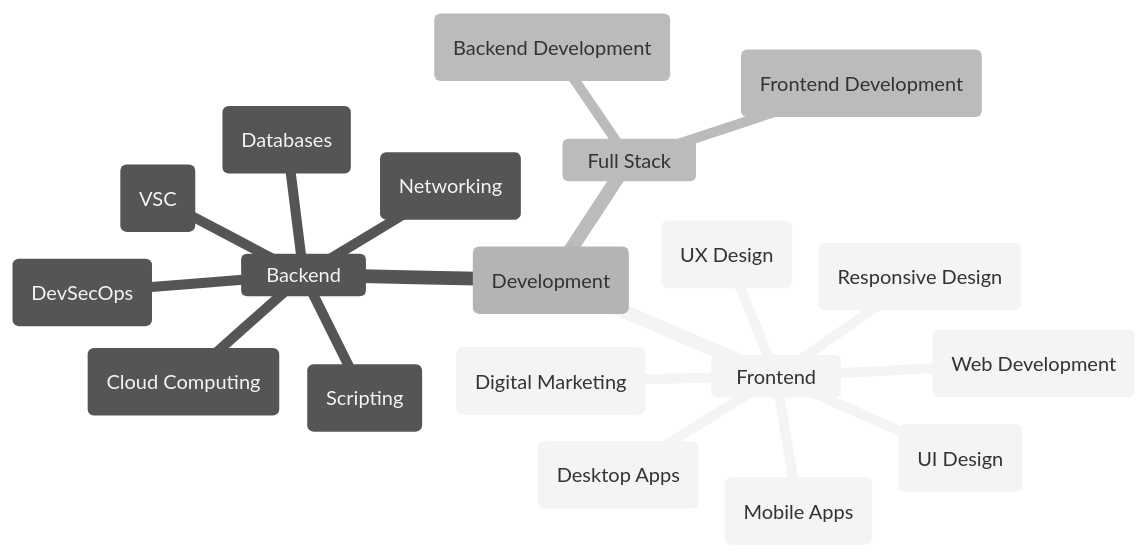
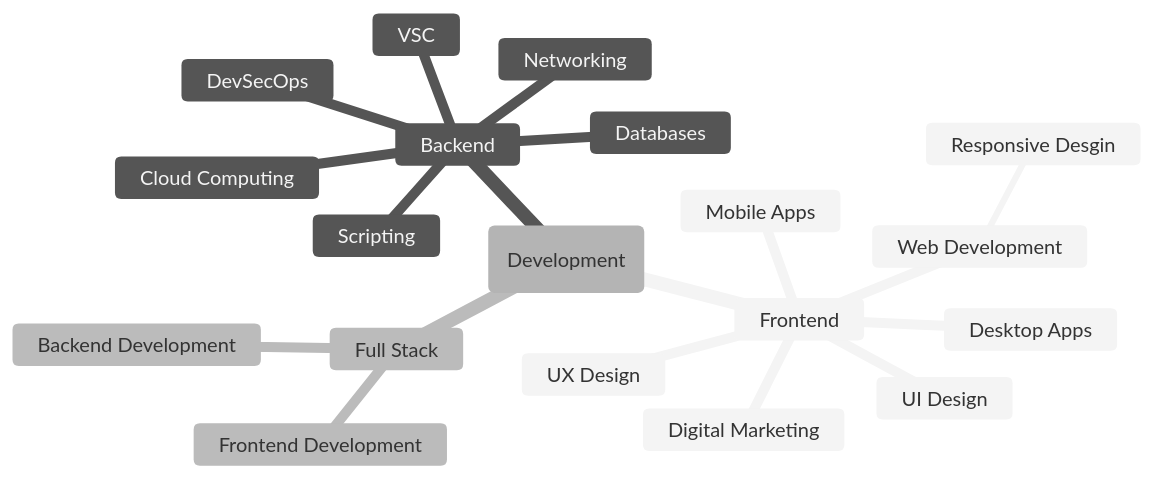
The diagram in README.md (Azriel1909/Pink-academy), drawn with Mermaid before and after one commit.

Commit message:
Mindmap updated

````diff
--- a/README.md
+++ b/README.md
@@ -5,23 +5,23 @@
 ```mermaid
 %%{init: {'theme':'neutral'}}%%
 mindmap
 root (Development)
- Frontend 
-  (UX Design)
-  (UI Design)
-  (Digital Marketing)
-  (Mobile Apps)
-  (Desktop Apps)
-  (Web Development)
-  (Responsive Design)
- Backend 
-  (VSC)
-  (Scripting)
-  (Databases)
-  (DevSecOps)
-  (Networking)
-  (Cloud Computing)
- Full Stack 
-  (Frontend Development)
-  (Backend Development)
+	Frontend 
+		UX Design
+		UI Design
+		Digital Marketing
+		Mobile Apps
+		Desktop Apps
+		Web Development
+			Responsive Desgin
+	Backend 
+		VSC
+		Scripting
+		Databases
+		DevSecOps
+		Networking
+		Cloud Computing
+	Full Stack 
+		Frontend Development
+		Backend Development
 ```
````
